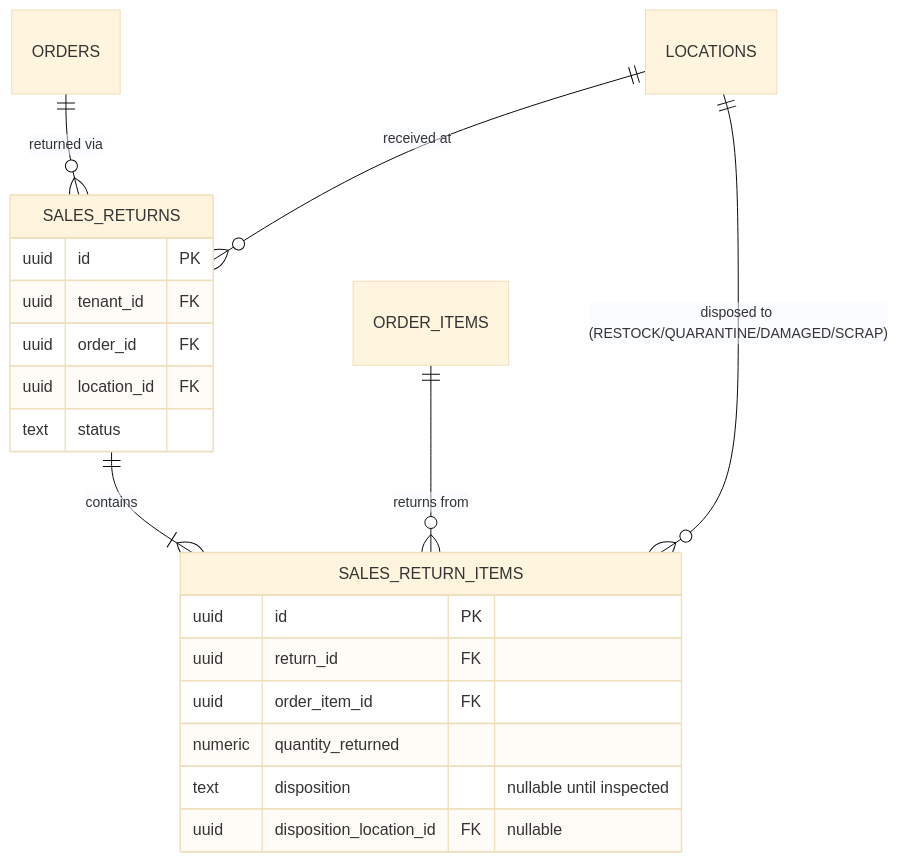
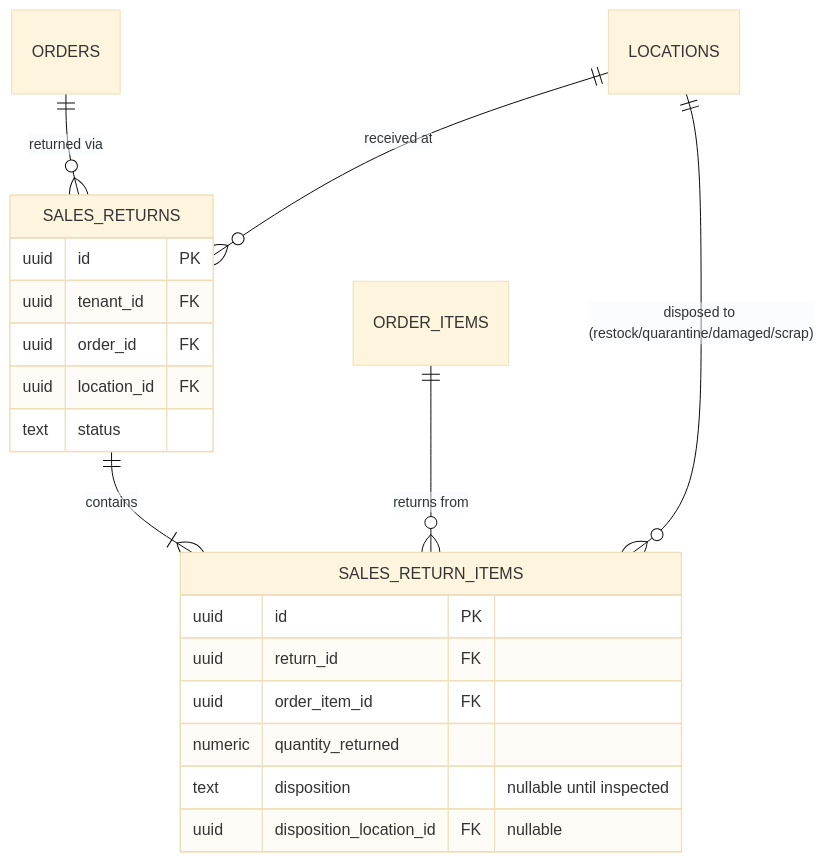
One commit to smagsoft-code/saas-inventory changed diagram 11 of 11 in docs/architecture/database.md. Above: the diagram before and after it, drawn with Mermaid (base theme). The commit also changed other lines of this file and 16 other files, not shown here.

Commit message:
docs: finalize architecture before database implementation

````diff
--- a/docs/architecture/database.md
+++ b/docs/architecture/database.md
@@ -2459,24 +3239,24 @@
 ```mermaid
 erDiagram
     ORDERS ||--o{ SALES_RETURNS : "returned via"
     LOCATIONS ||--o{ SALES_RETURNS : "received at"
     SALES_RETURNS ||--|{ SALES_RETURN_ITEMS : "contains"
     ORDER_ITEMS ||--o{ SALES_RETURN_ITEMS : "returns from"
-    LOCATIONS ||--o{ SALES_RETURN_ITEMS : "disposed to (RESTOCK/QUARANTINE/DAMAGED/SCRAP)"
+    LOCATIONS ||--o{ SALES_RETURN_ITEMS : "disposed to (restock/quarantine/damaged/scrap)"
 
     SALES_RETURNS {
         uuid id PK
         uuid tenant_id FK
         uuid order_id FK
         uuid location_id FK
         text status
     }
     SALES_RETURN_ITEMS {
         uuid id PK
         uuid return_id FK
         uuid order_item_id FK
         numeric quantity_returned
         text disposition "nullable until inspected"
         uuid disposition_location_id FK "nullable"
     }
 ```
````
